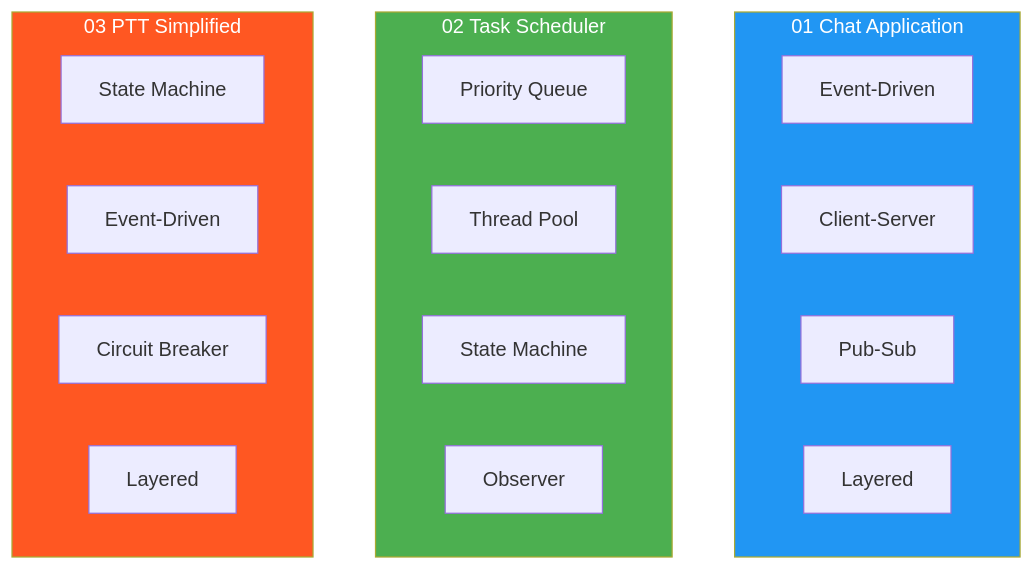
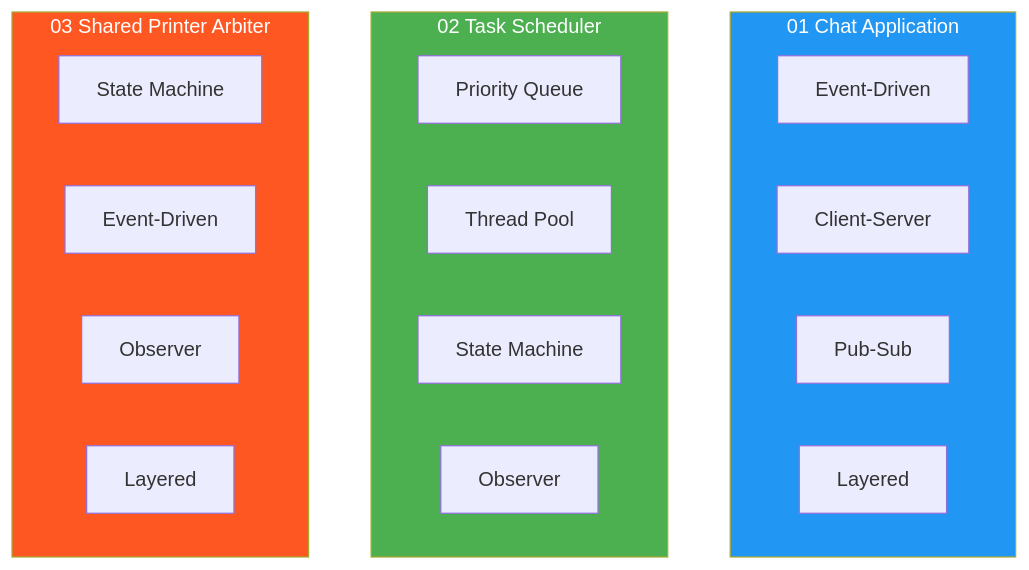
One commit to Apisteftos/QtTutorialCpp changed the diagram in 09_SoftwareArchitecture/RealWorldExamples/README.md. Above: the diagram before and after it, drawn with Mermaid. The commit also changed other lines of this file and 349 other files, not shown here.

````diff
--- a/09_SoftwareArchitecture/RealWorldExamples/README.md
+++ b/09_SoftwareArchitecture/RealWorldExamples/README.md
@@ -11,27 +11,27 @@
 ```mermaid
 flowchart TD
     subgraph CHAT["01 Chat Application"]
         C1[Event-Driven]
         C2[Client-Server]
         C3[Pub-Sub]
         C4[Layered]
     end
 
     subgraph SCHED["02 Task Scheduler"]
         S1[Priority Queue]
         S2[Thread Pool]
         S3[State Machine]
         S4[Observer]
     end
 
-    subgraph PTT["03 PTT Simplified"]
+    subgraph ARB["03 Shared Printer Arbiter"]
         P1[State Machine]
         P2[Event-Driven]
-        P3[Circuit Breaker]
+        P3[Observer]
         P4[Layered]
     end
 
     style CHAT fill:#2196F3,color:#fff
     style SCHED fill:#4CAF50,color:#fff
-    style PTT fill:#FF5722,color:#fff
+    style ARB fill:#FF5722,color:#fff
 ```
````
